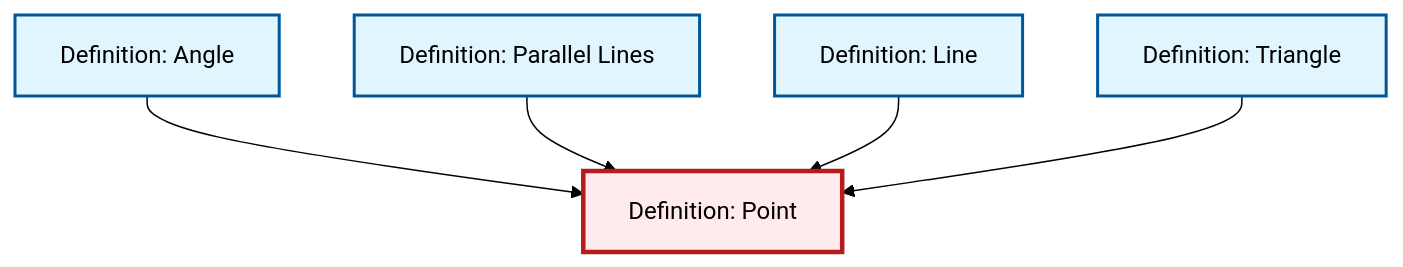
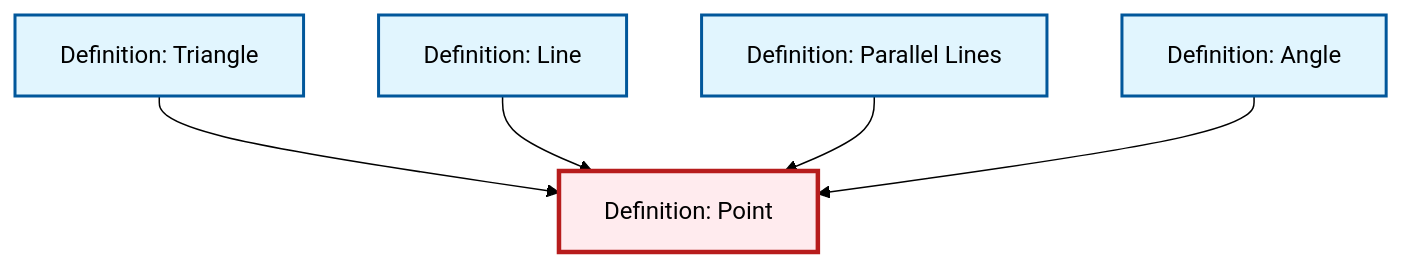
One commit to RK0429/ModernMath changed the diagram in content/en/geometry/def-point.qmd. Above: the diagram before and after it, drawn with Mermaid (forest theme). The commit also changed other lines of this file and 634 other files, not shown here.

````diff
--- a/content/en/geometry/def-point.qmd
+++ b/content/en/geometry/def-point.qmd
@@ -39,23 +39,23 @@
 ```{mermaid}
 %%| fig-cap: "Local dependency graph"
 graph TD
     classDef definition fill:#e1f5fe,stroke:#01579b,stroke-width:2px
     classDef theorem fill:#f3e5f5,stroke:#4a148c,stroke-width:2px
     classDef axiom fill:#fff3e0,stroke:#e65100,stroke-width:2px
     classDef example fill:#e8f5e9,stroke:#1b5e20,stroke-width:2px
     classDef current fill:#ffebee,stroke:#b71c1c,stroke-width:3px
+    def-point["Definition: Point"]:::definition
     def-parallel["Definition: Parallel Lines"]:::definition
-    def-point["Definition: Point"]:::definition
     def-triangle["Definition: Triangle"]:::definition
+    def-angle["Definition: Angle"]:::definition
     def-line["Definition: Line"]:::definition
-    def-angle["Definition: Angle"]:::definition
+    def-triangle --> def-point
+    def-line --> def-point
+    def-parallel --> def-point
     def-angle --> def-point
-    def-parallel --> def-point
-    def-line --> def-point
-    def-triangle --> def-point
     class def-point current
     click def-parallel "def-parallel.html" "Go to Parallel Lines definition"
     click def-triangle "def-triangle.html" "Go to Triangle definition"
+    click def-angle "def-angle.html" "Go to Angle definition"
     click def-line "def-line.html" "Go to Line definition"
-    click def-angle "def-angle.html" "Go to Angle definition"
 ```
````
